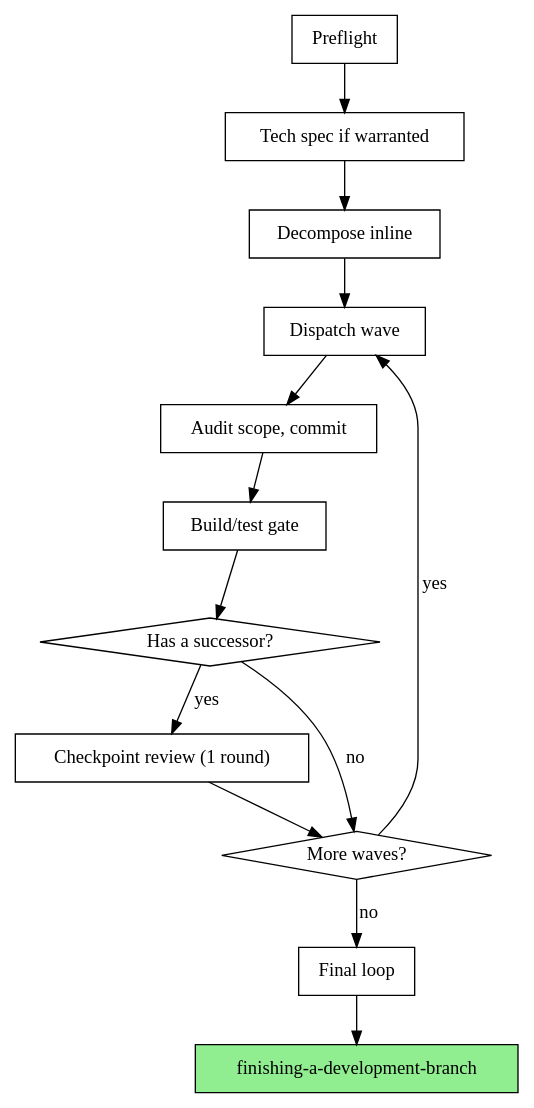
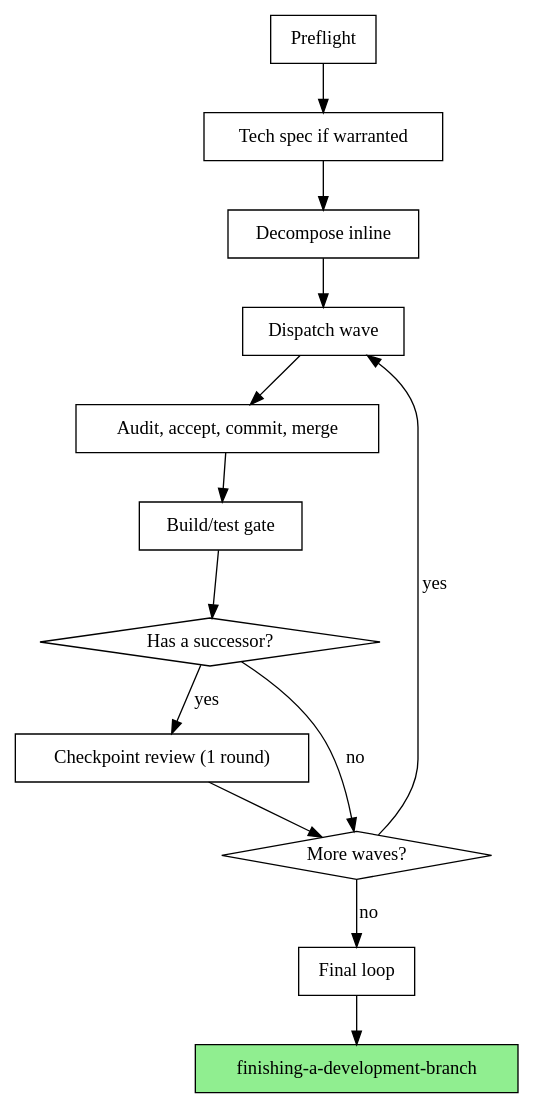
One commit to zpyoung/quirk changed the second of 2 diagrams in skills/subagent-driven-development/SKILL.md. Above: the diagram before and after it, drawn with Graphviz. The commit also changed other lines of this file and 6 other files, not shown here.

````diff
--- a/skills/subagent-driven-development/SKILL.md
+++ b/skills/subagent-driven-development/SKILL.md
@@ -51,25 +51,25 @@
 ```dot
 digraph process {
     rankdir=TB;
     "Preflight" [shape=box];
     "Tech spec if warranted" [shape=box];
     "Decompose inline" [shape=box];
     "Dispatch wave" [shape=box];
-    "Audit scope, commit" [shape=box];
+    "Audit, accept, commit, merge" [shape=box];
     "Build/test gate" [shape=box];
     "Has a successor?" [shape=diamond];
     "Checkpoint review (1 round)" [shape=box];
     "More waves?" [shape=diamond];
     "Final loop" [shape=box];
     "finishing-a-development-branch" [shape=box style=filled fillcolor=lightgreen];
 
     "Preflight" -> "Tech spec if warranted" -> "Decompose inline" -> "Dispatch wave";
-    "Dispatch wave" -> "Audit scope, commit" -> "Build/test gate" -> "Has a successor?";
+    "Dispatch wave" -> "Audit, accept, commit, merge" -> "Build/test gate" -> "Has a successor?";
     "Has a successor?" -> "Checkpoint review (1 round)" [label="yes"];
     "Has a successor?" -> "More waves?" [label="no"];
     "Checkpoint review (1 round)" -> "More waves?";
     "More waves?" -> "Dispatch wave" [label="yes"];
     "More waves?" -> "Final loop" [label="no"];
     "Final loop" -> "finishing-a-development-branch";
 }
 ```
````
